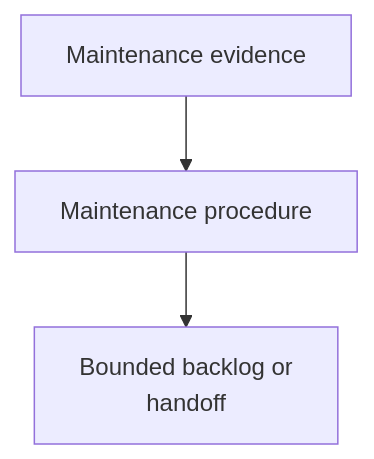
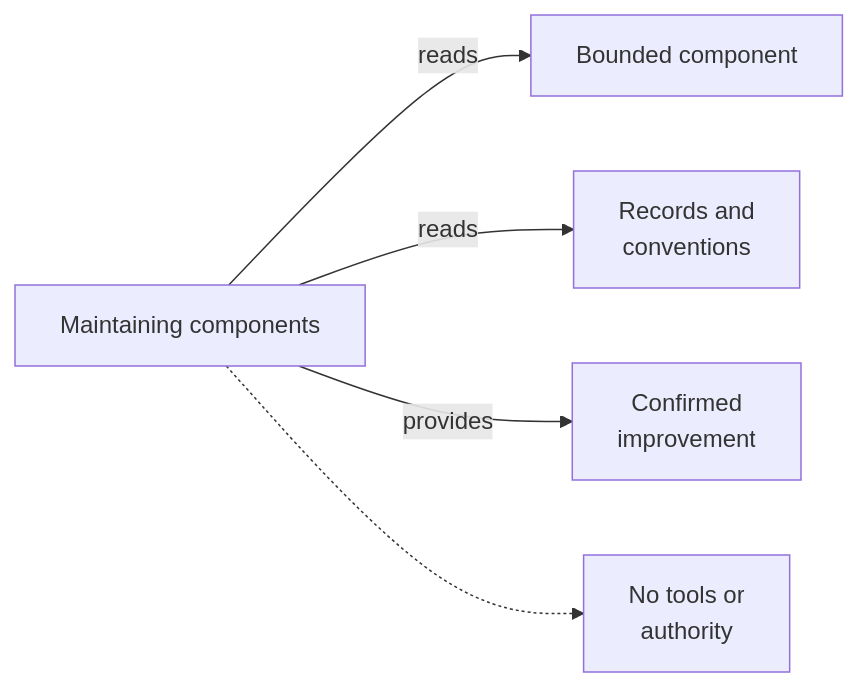
One commit to abstract-business-systems/as-is changed the diagram in skills/maintaining-components/as-is.md. Above: the diagram before and after it, drawn with Mermaid. The commit also changed other lines of this file and 245 other files, not shown here.

````diff
--- a/skills/maintaining-components/as-is.md
+++ b/skills/maintaining-components/as-is.md
@@ -20,5 +14,7 @@
 ```mermaid
-flowchart TD
-    A["Maintenance evidence"] --> B["Maintenance procedure"]
-    B --> C["Bounded backlog or<br/>handoff"]
+flowchart LR
+    Skill["Maintaining components"] -->|reads| Component["Bounded component"]
+    Skill -->|reads| Records["Records and<br/>conventions"]
+    Skill -->|provides| Improvement["Confirmed<br/>improvement"]
+    Skill -.-> Boundary["No tools or<br/>authority"]
 ```
````
